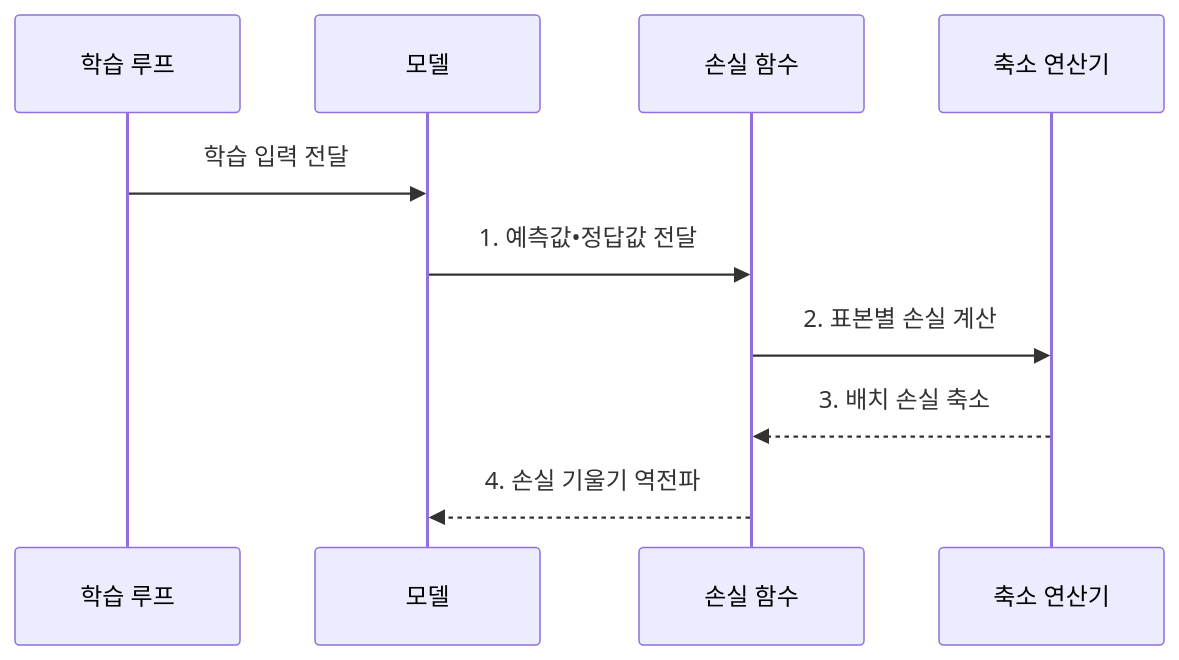
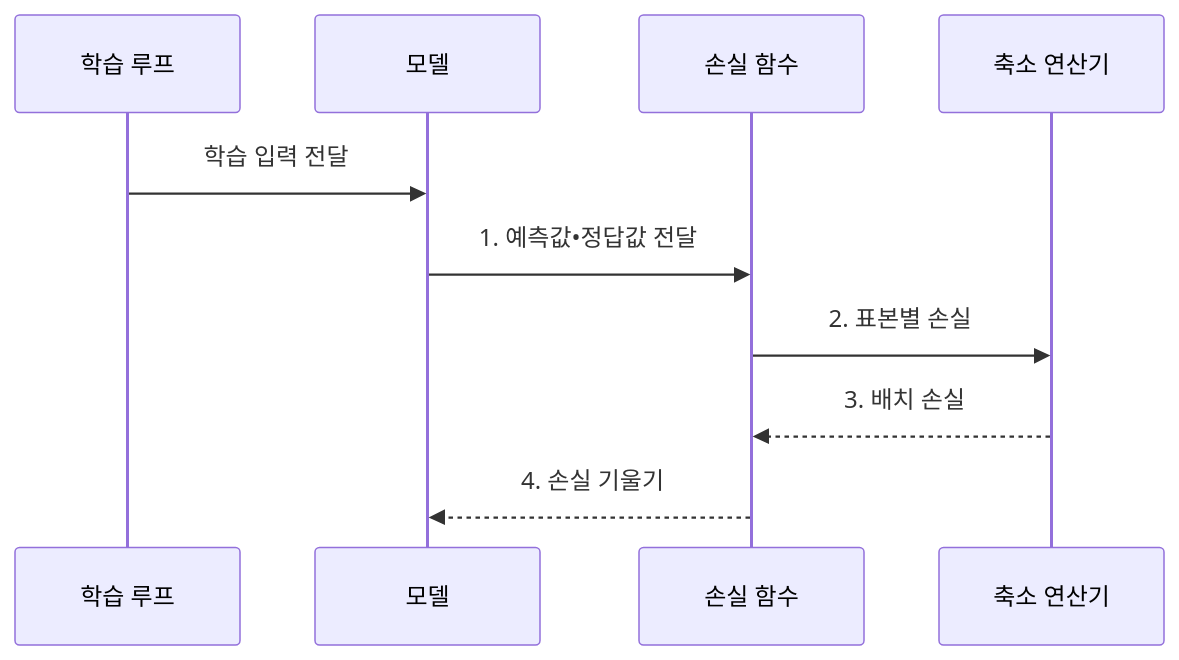
One commit to agnusdei1207/knowledge-base changed the diagram in src/content/docs/notes/01-basic-theory/042_loss_functions.md. Above: the diagram before and after it, drawn with Mermaid. The commit also changed other lines of this file and 17 other files, not shown here.

````diff
--- a/src/content/docs/notes/01-basic-theory/042_loss_functions.md
+++ b/src/content/docs/notes/01-basic-theory/042_loss_functions.md
@@ -89,12 +80,12 @@
 ```mermaid
 sequenceDiagram
     participant T as 학습 루프
     participant M as 모델
     participant L as 손실 함수
     participant R as 축소 연산기
     T->>M: 학습 입력 전달
     M->>L: 1. 예측값•정답값 전달
-    L->>R: 2. 표본별 손실 계산
-    R-->>L: 3. 배치 손실 축소
-    L-->>M: 4. 손실 기울기 역전파
+    L->>R: 2. 표본별 손실
+    R-->>L: 3. 배치 손실
+    L-->>M: 4. 손실 기울기
 ```
````
